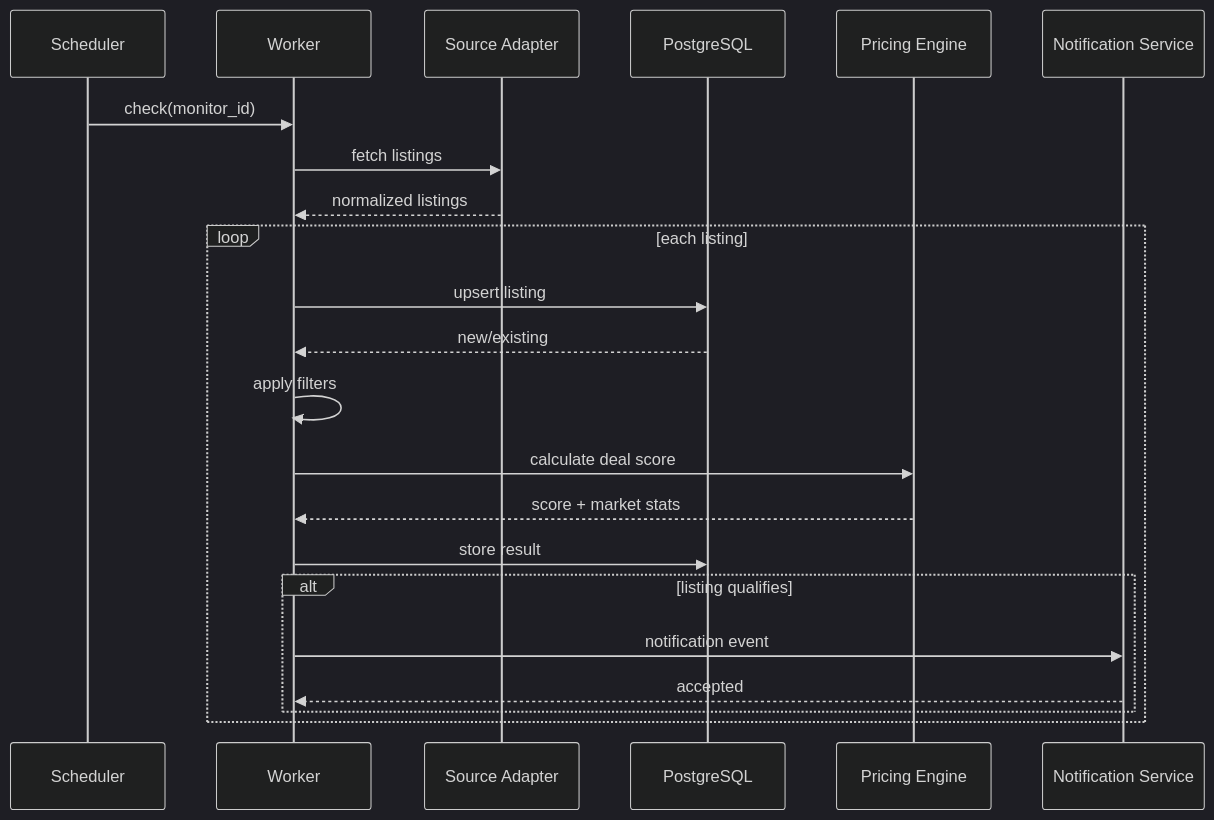
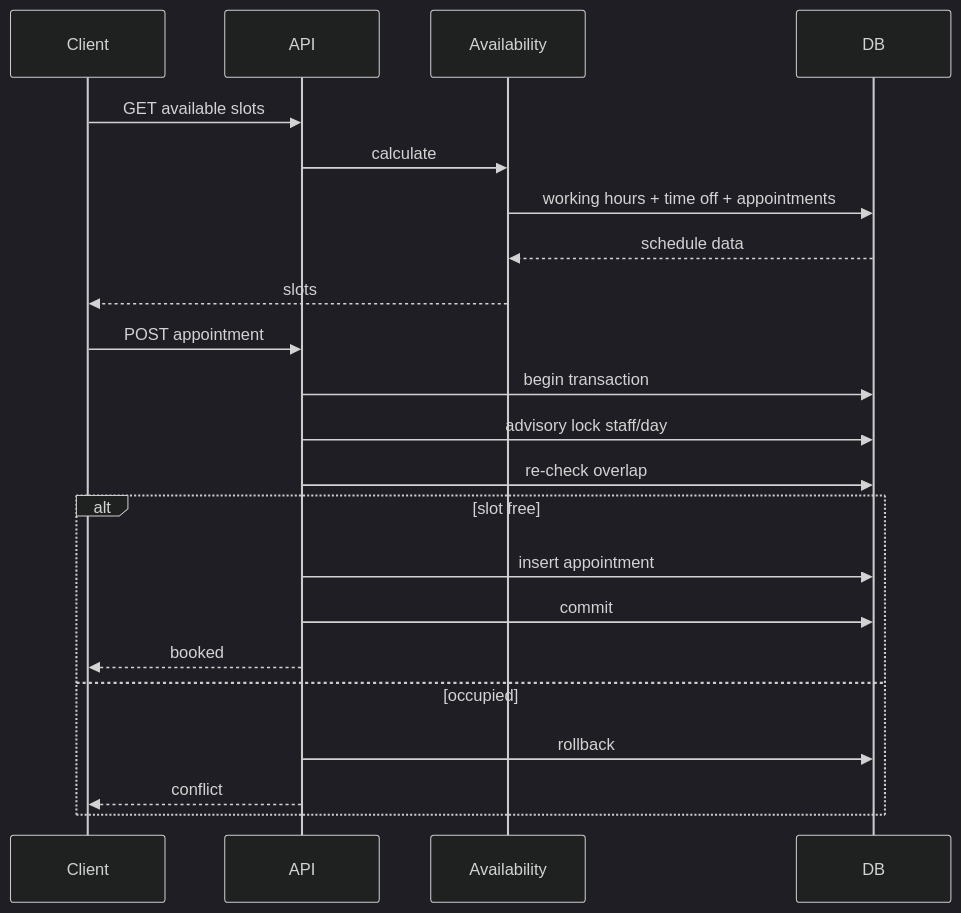
One commit to shevyakovys/Lootly changed the second of 2 diagrams in docs/ARCHITECTURE.md. Above: the diagram before and after it, drawn with Mermaid (dark theme). The commit also changed other lines of this file and 80 other files, not shown here.

````diff
--- a/docs/ARCHITECTURE.md
+++ b/docs/ARCHITECTURE.md
@@ -35,26 +58,26 @@
 ```mermaid
 sequenceDiagram
-    participant S as Scheduler
-    participant W as Worker
-    participant A as Source Adapter
-    participant D as PostgreSQL
-    participant P as Pricing Engine
-    participant N as Notification Service
+    participant Client
+    participant API
+    participant Availability
+    participant DB
 
-    S->>W: check(monitor_id)
-    W->>A: fetch listings
-    A-->>W: normalized listings
+    Client->>API: GET available slots
+    API->>Availability: calculate
+    Availability->>DB: working hours + time off + appointments
+    DB-->>Availability: schedule data
+    Availability-->>Client: slots
 
-    loop each listing
-        W->>D: upsert listing
-        D-->>W: new/existing
-        W->>W: apply filters
-        W->>P: calculate deal score
-        P-->>W: score + market stats
-        W->>D: store result
-        alt listing qualifies
-            W->>N: notification event
-            N-->>W: accepted
-        end
+    Client->>API: POST appointment
+    API->>DB: begin transaction
+    API->>DB: advisory lock staff/day
+    API->>DB: re-check overlap
+    alt slot free
+        API->>DB: insert appointment
+        API->>DB: commit
+        API-->>Client: booked
+    else occupied
+        API->>DB: rollback
+        API-->>Client: conflict
     end
 ```
````
